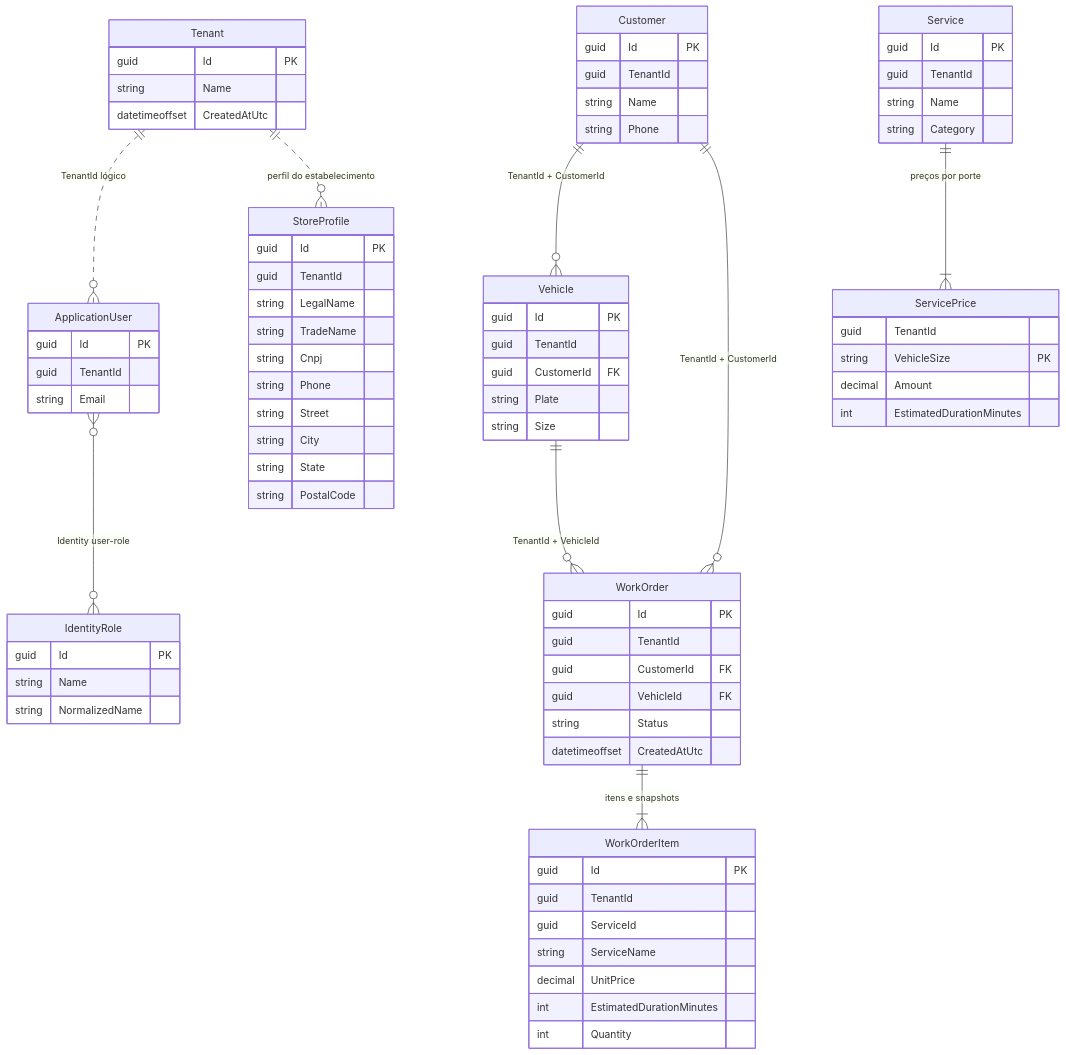
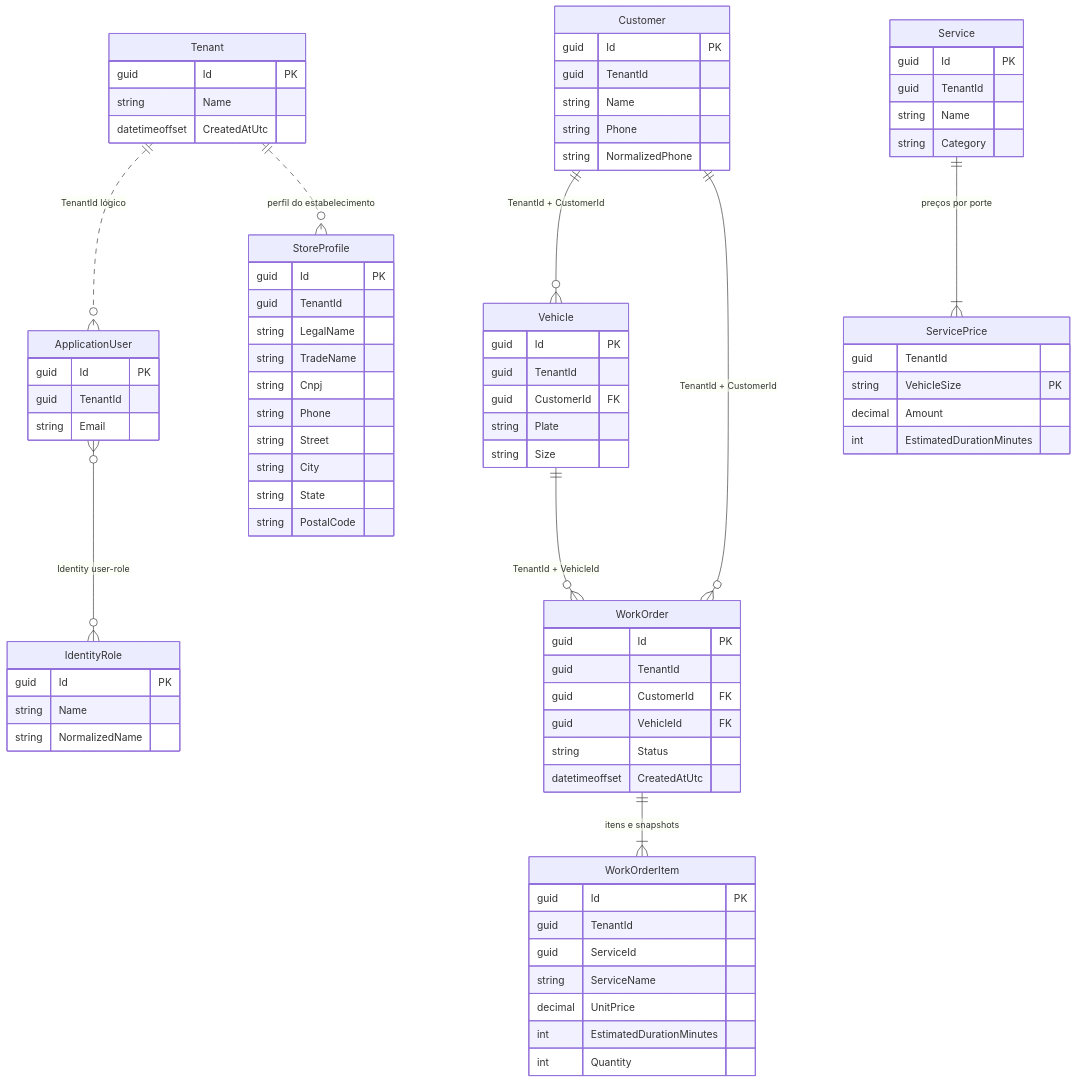
One commit to ronaldocestrela/lavaway changed the first of 5 diagrams in docs/living-docs/modelo-dominio-dados-1.1.md. Above: the diagram before and after it, drawn with Mermaid. The commit also changed other lines of this file and 113 other files, not shown here.

````diff
--- a/docs/living-docs/modelo-dominio-dados-1.1.md
+++ b/docs/living-docs/modelo-dominio-dados-1.1.md
@@ -5,81 +5,82 @@
 ```mermaid
 erDiagram
     Tenant ||..o{ ApplicationUser : "TenantId lógico"
     Tenant ||..o{ StoreProfile : "perfil do estabelecimento"
     ApplicationUser }o--o{ IdentityRole : "Identity user-role"
     Customer ||--o{ Vehicle : "TenantId + CustomerId"
     Service ||--|{ ServicePrice : "preços por porte"
     Customer ||--o{ WorkOrder : "TenantId + CustomerId"
     Vehicle ||--o{ WorkOrder : "TenantId + VehicleId"
     WorkOrder ||--|{ WorkOrderItem : "itens e snapshots"
 
     Tenant {
         guid Id PK
         string Name
         datetimeoffset CreatedAtUtc
     }
     StoreProfile {
         guid Id PK
         guid TenantId
         string LegalName
         string TradeName
         string Cnpj
         string Phone
         string Street
         string City
         string State
         string PostalCode
     }
     ApplicationUser {
         guid Id PK
         guid TenantId
         string Email
     }
     IdentityRole {
         guid Id PK
         string Name
         string NormalizedName
     }
     Customer {
         guid Id PK
         guid TenantId
         string Name
         string Phone
+        string NormalizedPhone
     }
     Vehicle {
         guid Id PK
         guid TenantId
         guid CustomerId FK
         string Plate
         string Size
     }
     Service {
         guid Id PK
         guid TenantId
         string Name
         string Category
     }
     ServicePrice {
         guid TenantId
         string VehicleSize PK
         decimal Amount
         int EstimatedDurationMinutes
     }
     WorkOrder {
         guid Id PK
         guid TenantId
         guid CustomerId FK
         guid VehicleId FK
         string Status
         datetimeoffset CreatedAtUtc
     }
     WorkOrderItem {
         guid Id PK
         guid TenantId
         guid ServiceId
         string ServiceName
         decimal UnitPrice
         int EstimatedDurationMinutes
         int Quantity
     }
 ```
````
